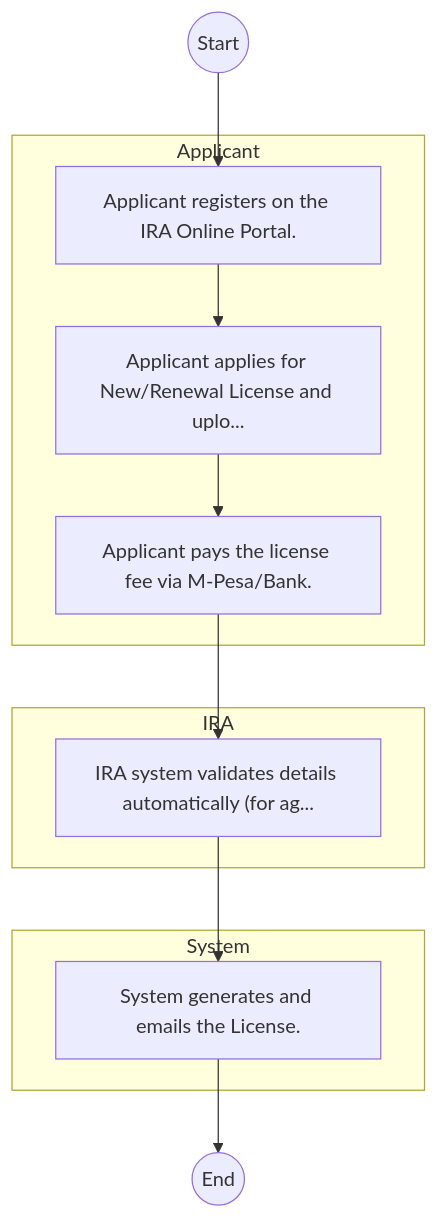
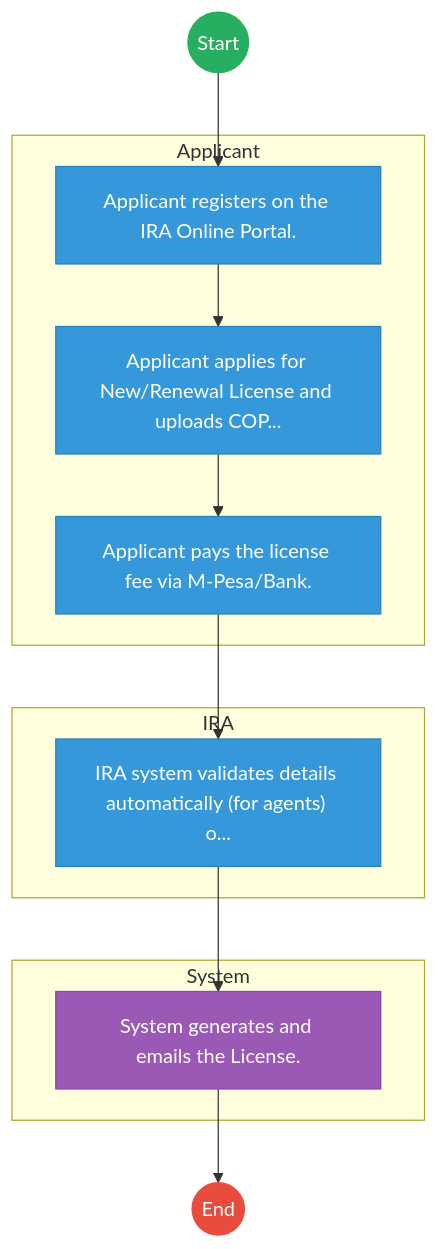
Before and after one commit to BITZ-IT-Consulting-LTD/ictapoc: the first of 2 diagrams in mdas/docs_final/Insurance_Regulatory_Authority___Service_Delivery.md, drawn with Mermaid. The commit also changed other lines of this file and 461 other files, not shown here.

````diff
--- a/mdas/docs_final/Insurance_Regulatory_Authority___Service_Delivery.md
+++ b/mdas/docs_final/Insurance_Regulatory_Authority___Service_Delivery.md
@@ -20,20 +20,33 @@
 ```mermaid
 graph TD
     Start((Start)) --> S1
+
     subgraph Applicant [Applicant]
         S1["Applicant registers on the IRA Online Portal."]
-        S2["Applicant applies for New/Renewal License and uplo..."]
+        S2["Applicant applies for New/Renewal License and uploads COP..."]
         S3["Applicant pays the license fee via M-Pesa/Bank."]
     end
+
     subgraph IRA [IRA]
-        S4["IRA system validates details automatically (for ag..."]
+        S4["IRA system validates details automatically (for agents) o..."]
     end
+
     subgraph System [System]
         S5["System generates and emails the License."]
     end
     S1 --> S2
     S2 --> S3
     S3 --> S4
     S4 --> S5
     S5 --> End((End))
+
+    classDef start fill:#27ae60,stroke:#27ae60,color:#fff;
+    classDef endNode fill:#e74c3c,stroke:#e74c3c,color:#fff;
+    classDef userTask fill:#3498db,stroke:#2980b9,color:#fff;
+    classDef serviceTask fill:#9b59b6,stroke:#8e44ad,color:#fff;
+
+    class Start start;
+    class End endNode;
+    class S1,S2,S3,S4 userTask;
+    class S5 serviceTask;
 ```
````
